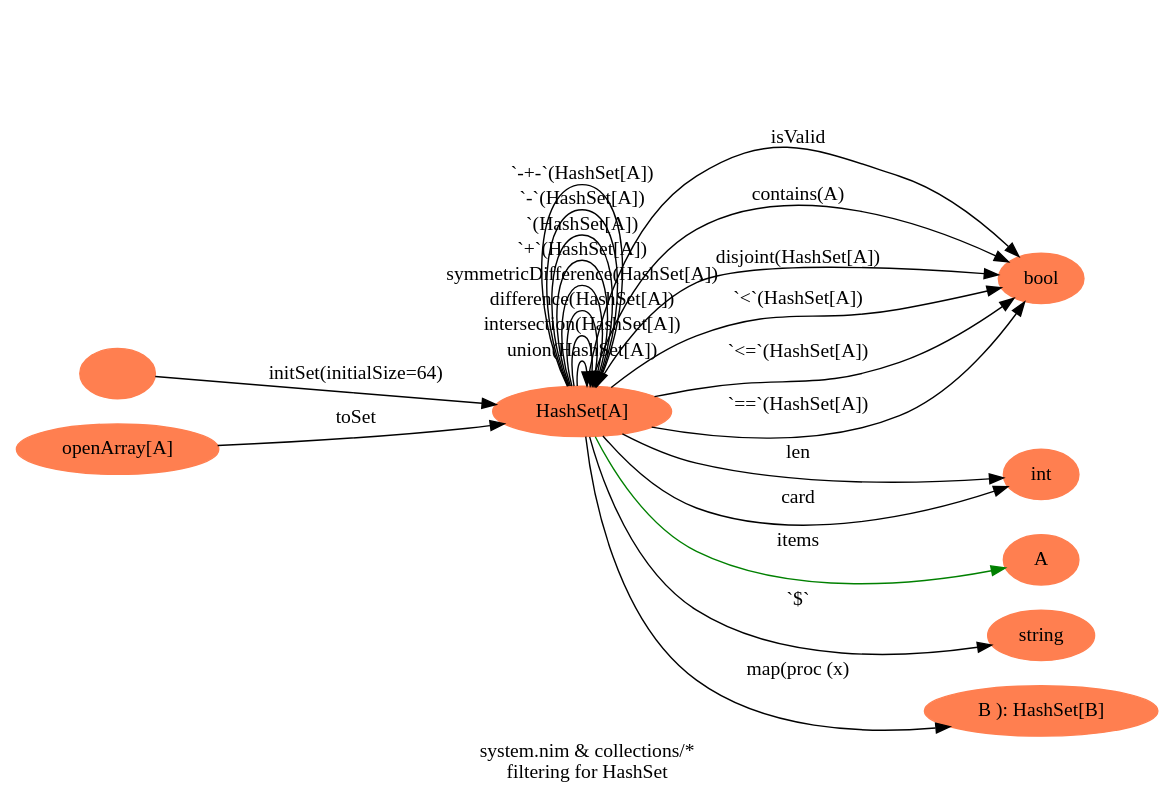
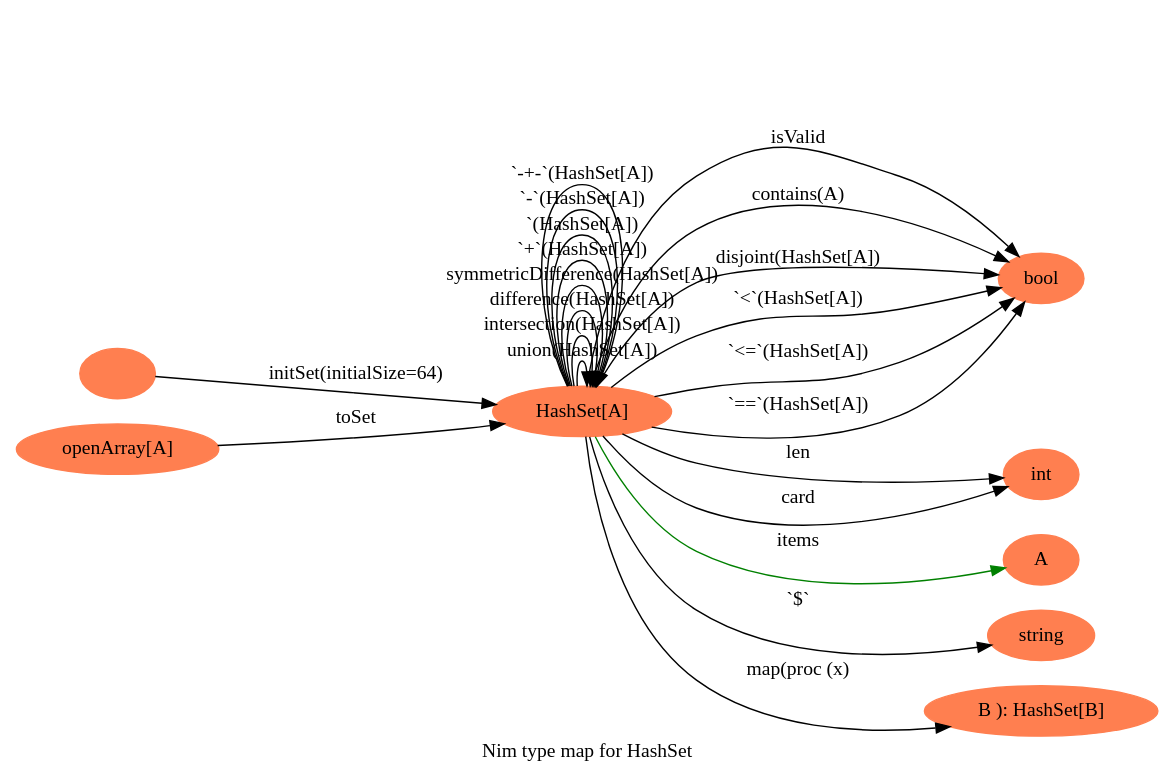
The diagram in output/HashSet.dot (petermora/nimDot), drawn with Graphviz before and after one commit. The commit also changed 31 other files, not shown here.

```diff
--- a/output/HashSet.dot
+++ b/output/HashSet.dot
@@ -1,36 +1,35 @@
 digraph {
 graph [
-label = "system.nim & collections/*
-filtering for HashSet";
+label = "Nim type map for HashSet";
 rankdir=LR;
 ];
 node[color=coral, style=filled, label="HashSet[A]" ] N0;
 node[color=coral, style=filled, label="bool" ] N1;
 N0 -> N1 [color="", label="isValid" ];
 node[color=coral, style=filled, label="int" ] N2;
 N0 -> N2 [color="", label="len" ];
 N0 -> N2 [color="", label="card" ];
 node[color=coral, style=filled, label="A" ] N3;
 N0 -> N3 [color="green", label="items" ];
 N0 -> N1 [color="", label="contains(A)" ];
 node[color=coral, style=filled, label="" ] N4;
 N4 -> N0 [color="", label="initSet(initialSize=64)" ];
 node[color=coral, style=filled, label="openArray[A]" ] N5;
 N5 -> N0 [color="", label="toSet" ];
 node[color=coral, style=filled, label="string" ] N6;
 N0 -> N6 [color="", label="`$`" ];
 N0 -> N0 [color="", label="union(HashSet[A])" ];
 N0 -> N0 [color="", label="intersection(HashSet[A])" ];
 N0 -> N0 [color="", label="difference(HashSet[A])" ];
 N0 -> N0 [color="", label="symmetricDifference(HashSet[A])" ];
 N0 -> N0 [color="", label="`+`(HashSet[A])" ];
 N0 -> N0 [color="", label="`(HashSet[A])" ];
 N0 -> N0 [color="", label="`-`(HashSet[A])" ];
 N0 -> N0 [color="", label="`-+-`(HashSet[A])" ];
 N0 -> N1 [color="", label="disjoint(HashSet[A])" ];
 N0 -> N1 [color="", label="`<`(HashSet[A])" ];
 N0 -> N1 [color="", label="`<=`(HashSet[A])" ];
 N0 -> N1 [color="", label="`==`(HashSet[A])" ];
 node[color=coral, style=filled, label="B ): HashSet[B]" ] N7;
 N0 -> N7 [color="", label="map(proc (x)" ];
 }
```
